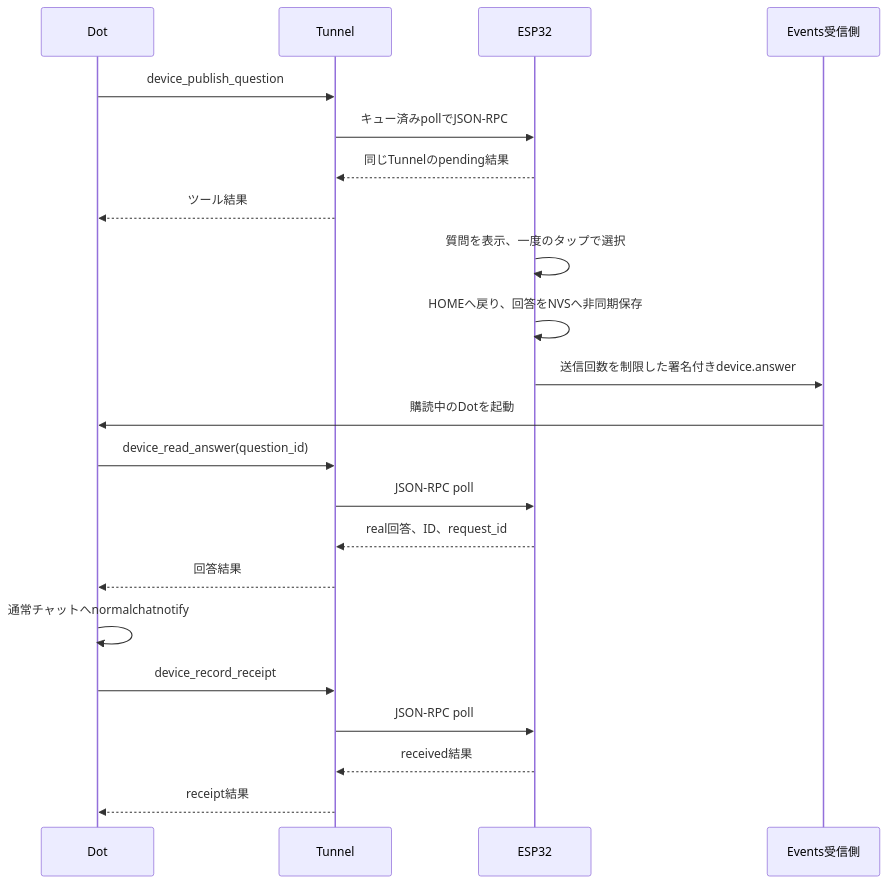
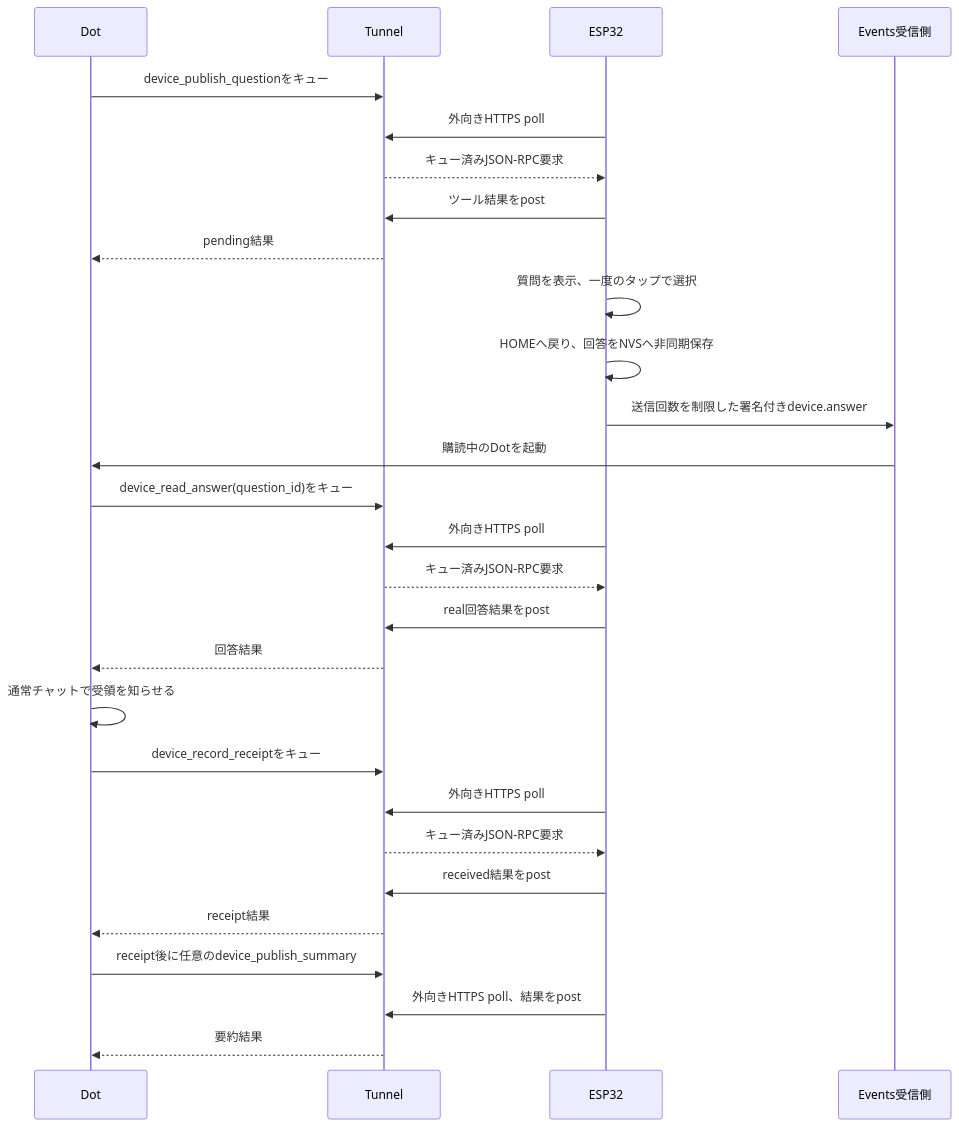
The second of 2 diagrams in docs/communication-spec.ja.md (usedhonda/dots-device), drawn with Mermaid before and after one commit. The commit also changed other lines of this file and 1 other file, not shown here.

Commit message:
docs: clarify device event routing

````diff
--- a/docs/communication-spec.ja.md
+++ b/docs/communication-spec.ja.md
@@ -40,24 +40,30 @@
 ```mermaid
 sequenceDiagram
   participant Dot
   participant Tunnel
   participant ESP as ESP32
   participant Events as Events受信側
-  Dot->>Tunnel: device_publish_question
-  Tunnel->>ESP: キュー済みpollでJSON-RPC
-  ESP-->>Tunnel: 同じTunnelのpending結果
-  Tunnel-->>Dot: ツール結果
+  Dot->>Tunnel: device_publish_questionをキュー
+  ESP->>Tunnel: 外向きHTTPS poll
+  Tunnel-->>ESP: キュー済みJSON-RPC要求
+  ESP->>Tunnel: ツール結果をpost
+  Tunnel-->>Dot: pending結果
   ESP->>ESP: 質問を表示、一度のタップで選択
   ESP->>ESP: HOMEへ戻り、回答をNVSへ非同期保存
   ESP->>Events: 送信回数を制限した署名付きdevice.answer
   Events->>Dot: 購読中のDotを起動
-  Dot->>Tunnel: device_read_answer(question_id)
-  Tunnel->>ESP: JSON-RPC poll
-  ESP-->>Tunnel: real回答、ID、request_id
+  Dot->>Tunnel: device_read_answer(question_id)をキュー
+  ESP->>Tunnel: 外向きHTTPS poll
+  Tunnel-->>ESP: キュー済みJSON-RPC要求
+  ESP->>Tunnel: real回答結果をpost
   Tunnel-->>Dot: 回答結果
-  Dot->>Dot: 通常チャットへnormalchatnotify
-  Dot->>Tunnel: device_record_receipt
-  Tunnel->>ESP: JSON-RPC poll
-  ESP-->>Tunnel: received結果
+  Dot->>Dot: 通常チャットで受領を知らせる
+  Dot->>Tunnel: device_record_receiptをキュー
+  ESP->>Tunnel: 外向きHTTPS poll
+  Tunnel-->>ESP: キュー済みJSON-RPC要求
+  ESP->>Tunnel: received結果をpost
   Tunnel-->>Dot: receipt結果
+  Dot->>Tunnel: receipt後に任意のdevice_publish_summary
+  ESP->>Tunnel: 外向きHTTPS poll、結果をpost
+  Tunnel-->>Dot: 要約結果
 ```
````
